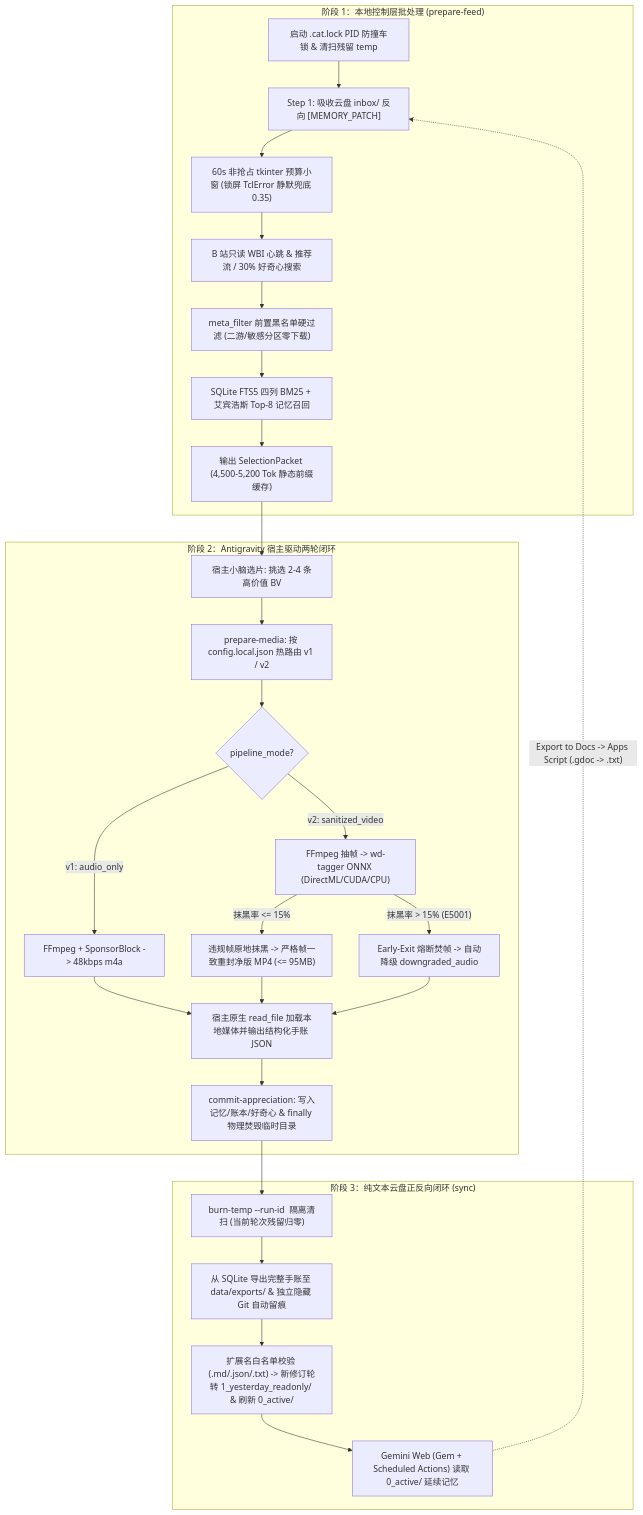
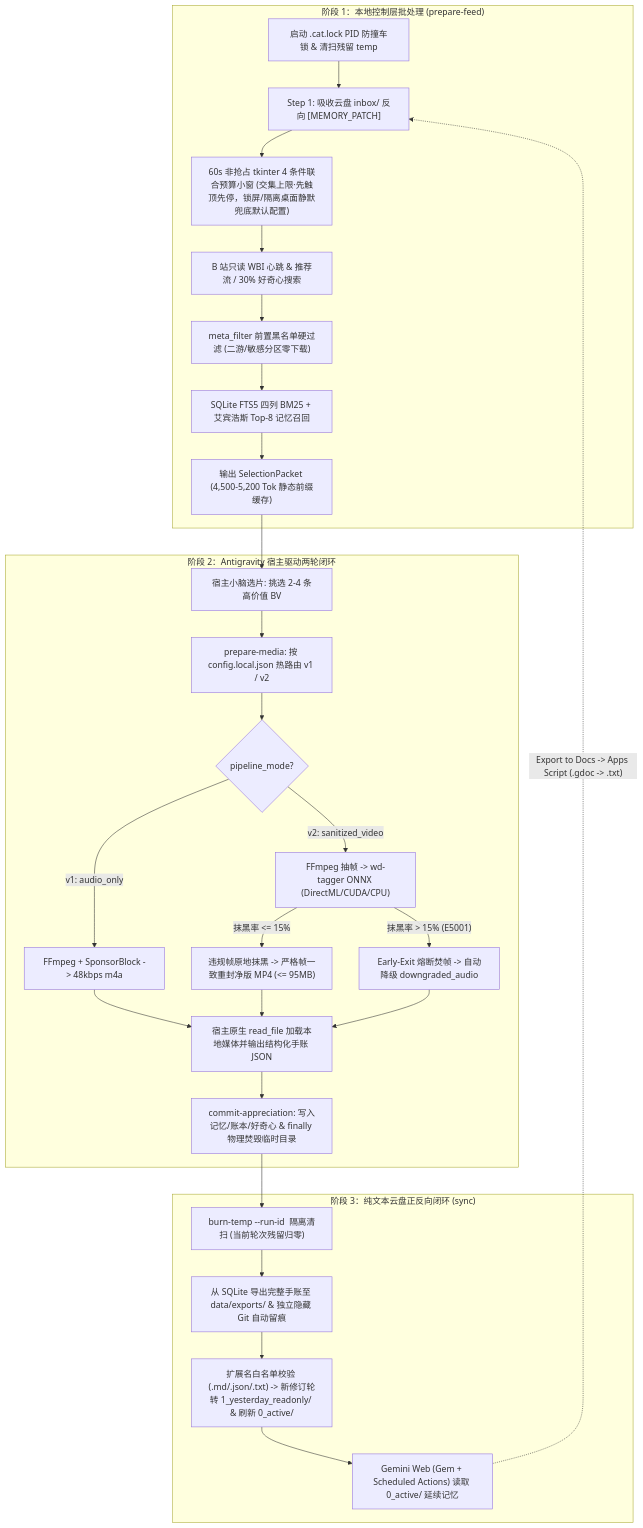
The diagram in README.md (e-ter-nal/GeminiNest), drawn with Mermaid before and after one commit. The commit also changed other lines of this file and 13 other files, not shown here.

````diff
--- a/README.md
+++ b/README.md
@@ -72,33 +72,33 @@
 ```mermaid
 flowchart TD
     subgraph Step1["阶段 1：本地控制层批处理 (prepare-feed)"]
         A["启动 .cat.lock PID 防撞车锁 & 清扫残留 temp"] --> B["Step 1: 吸收云盘 inbox/ 反向 [MEMORY_PATCH]"]
-        B --> C["60s 非抢占 tkinter 预算小窗 (锁屏 TclError 静默兜底 0.35)"]
+        B --> C["60s 非抢占 tkinter 4 条件联合预算小窗 (交集上限·先触顶先停，锁屏/隔离桌面静默兜底默认配置)"]
         C --> D["B 站只读 WBI 心跳 & 推荐流 / 30% 好奇心搜索"]
         D --> E["meta_filter 前置黑名单硬过滤 (二游/敏感分区零下载)"]
         E --> F["SQLite FTS5 四列 BM25 + 艾宾浩斯 Top-8 记忆召回"]
         F --> G["输出 SelectionPacket (4,500-5,200 Tok 静态前缀缓存)"]
     end
 
     subgraph Step2["阶段 2：Antigravity 宿主驱动两轮闭环"]
         G --> H["宿主小脑选片: 挑选 2-4 条高价值 BV"]
         H --> I["prepare-media: 按 config.local.json 热路由 v1 / v2"]
         I --> J{"pipeline_mode?"}
         J -- "v1: audio_only" --> K["FFmpeg + SponsorBlock -> 48kbps m4a"]
         J -- "v2: sanitized_video" --> L["FFmpeg 抽帧 -> wd-tagger ONNX (DirectML/CUDA/CPU)"]
         L -- "抹黑率 <= 15%" --> M["违规帧原地抹黑 -> 严格帧一致重封净版 MP4 (<= 95MB)"]
         L -- "抹黑率 > 15% (E5001)" --> N["Early-Exit 熔断焚帧 -> 自动降级 downgraded_audio"]
         K --> O["宿主原生 read_file 加载本地媒体并输出结构化手账 JSON"]
         M --> O
         N --> O
         O --> P["commit-appreciation: 写入记忆/账本/好奇心 & finally 物理焚毁临时目录"]
     end
 
     subgraph Step3["阶段 3：纯文本云盘正反向闭环 (sync)"]
         P --> Q["burn-temp --run-id <run_id> 隔离清扫 (当前轮次残留归零)"]
         Q --> R["从 SQLite 导出完整手账至 data/exports/ & 独立隐藏 Git 自动留痕"]
         R --> S["扩展名白名单校验 (.md/.json/.txt) -> 新修订轮转 1_yesterday_readonly/ & 刷新 0_active/"]
         S --> T["Gemini Web (Gem + Scheduled Actions) 读取 0_active/ 延续记忆"]
         T -. "Export to Docs -> Apps Script (.gdoc -> .txt)" .-> B
     end
 ```
````
